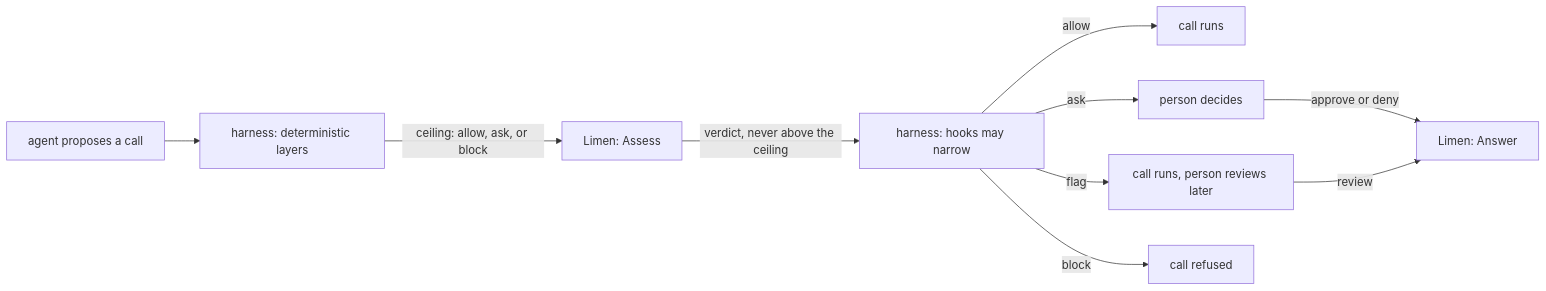
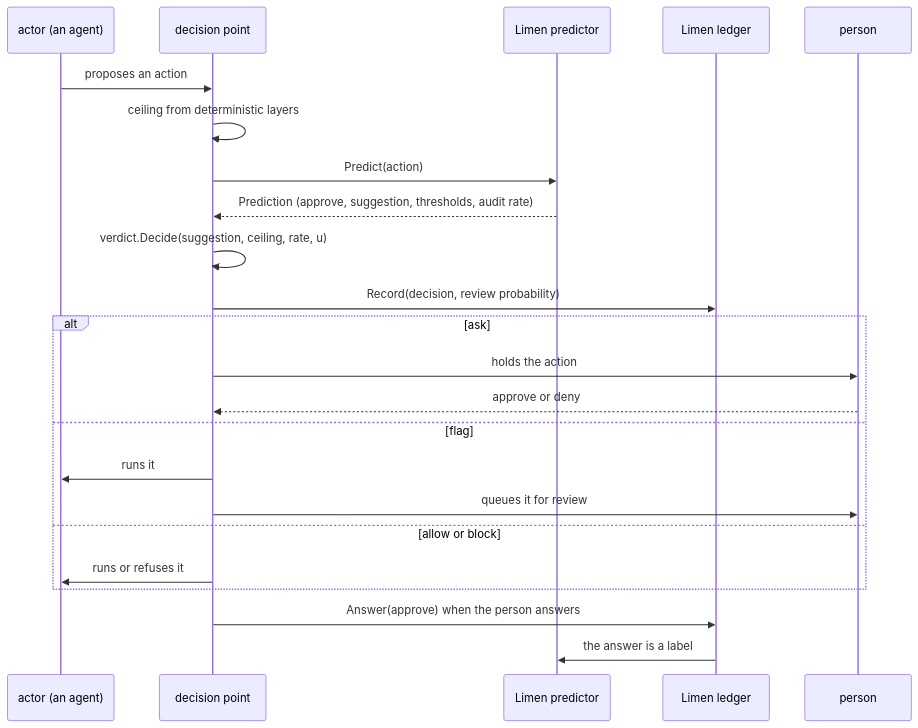
One commit to latere-ai/limen changed the diagram in specs/001-architecture.md. Above: the diagram before and after it, drawn with Mermaid. The commit also changed other lines of this file and 8 other files, not shown here.

Commit message:
specs: 001 to 007 follow the predict and decide split, and 008 is the ledger and its estimates

````diff
--- a/specs/001-architecture.md
+++ b/specs/001-architecture.md
@@ -53,12 +68,25 @@
 ```mermaid
-flowchart LR
-  A[agent proposes a call] --> D[harness: deterministic layers]
-  D -->|"ceiling: allow, ask, or block"| L[Limen: Assess]
-  L -->|"verdict, never above the ceiling"| H[harness: hooks may narrow]
-  H -->|allow| R[call runs]
-  H -->|flag| RF[call runs, person reviews later]
-  H -->|ask| P[person decides]
-  H -->|block| X[call refused]
-  P -->|approve or deny| AN[Limen: Answer]
-  RF -->|review| AN
+sequenceDiagram
+  participant A as actor (an agent)
+  participant D as decision point
+  participant P as Limen predictor
+  participant L as Limen ledger
+  participant H as person
+  A->>D: proposes an action
+  D->>D: ceiling from deterministic layers
+  D->>P: Predict(action)
+  P-->>D: Prediction (approve, suggestion, thresholds, audit rate)
+  D->>D: verdict.Decide(suggestion, ceiling, rate, u)
+  D->>L: Record(decision, review probability)
+  alt ask
+    D->>H: holds the action
+    H-->>D: approve or deny
+  else flag
+    D->>A: runs it
+    D->>H: queues it for review
+  else allow or block
+    D->>A: runs or refuses it
+  end
+  D->>L: Answer(approve) when the person answers
+  L->>P: the answer is a label
 ```
````
